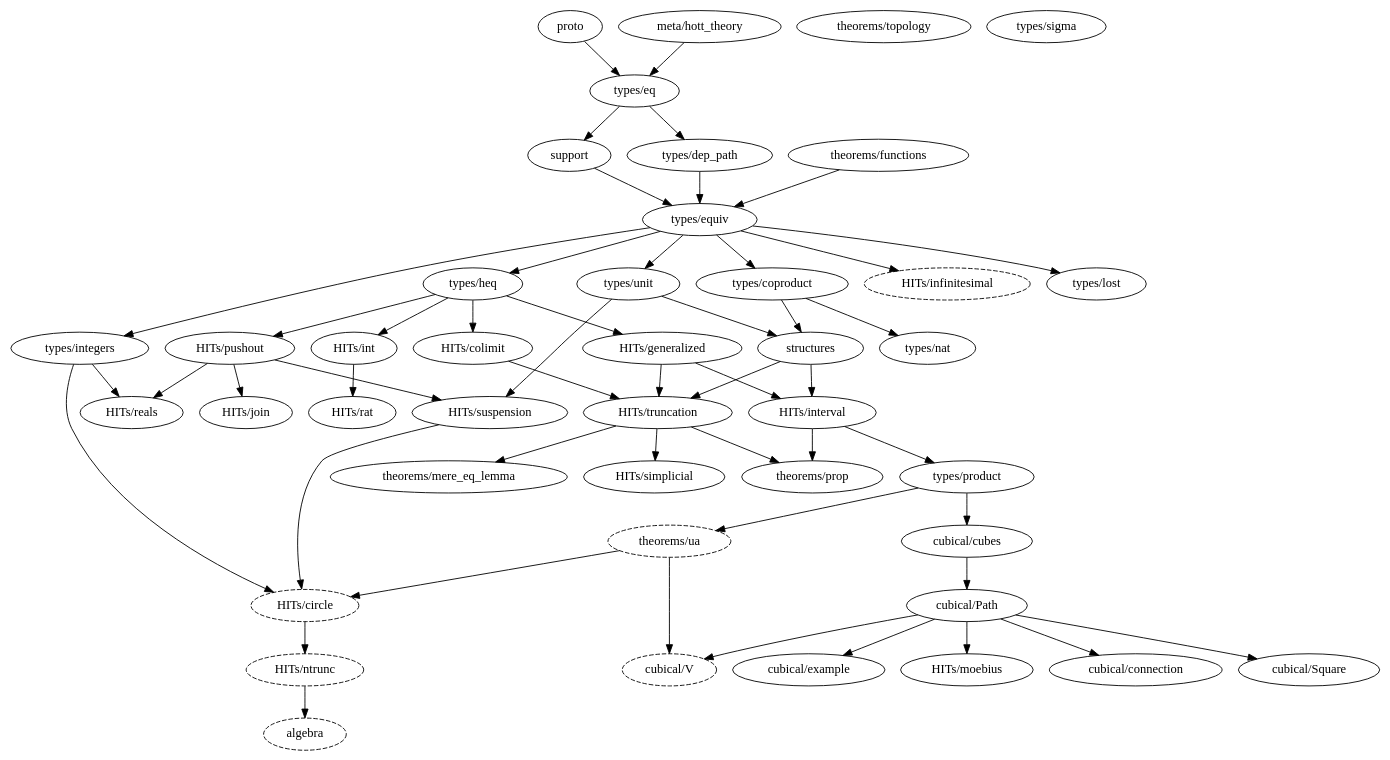
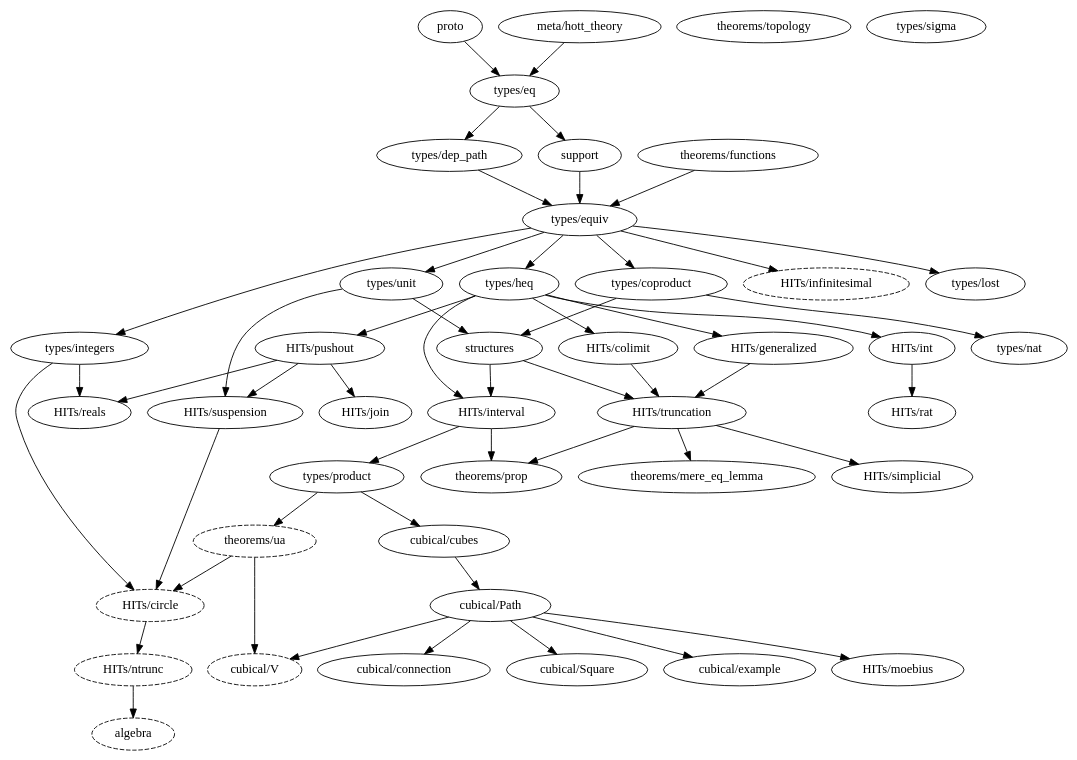
Before and after one commit to forked-from-1kasper/ground_zero: the diagram in dependency_map.gv, drawn with Graphviz. The commit also changed 5 other files, not shown here.

```diff
--- a/dependency_map.gv
+++ b/dependency_map.gv
@@ -1,92 +1,92 @@
 digraph dependency_map {
   proto -> "types/eq"
   "meta/hott_theory" -> "types/eq"
 
   algebra [style=dashed]
   "HITs/ntrunc" -> algebra
 
   "HITs/circle" [style=dashed]
   "types/integers" -> "HITs/circle"
   "HITs/suspension" -> "HITs/circle"
   "theorems/ua" -> "HITs/circle"
 
   "types/heq" -> "HITs/colimit"
 
   "types/heq" -> "HITs/generalized"
 
   "HITs/infinitesimal" [style=dashed]
   "types/equiv" -> "HITs/infinitesimal"
 
   "types/equiv" -> "types/coproduct"
   "types/eq" -> "types/dep_path"
 
   "cubical/Path" -> "cubical/connection"
   "types/product" -> "cubical/cubes"
   "cubical/cubes" -> "cubical/Path"
   "cubical/Path" -> "cubical/Square"
   "cubical/Path" -> "cubical/example"
 
   "cubical/V" [style=dashed]
   "theorems/ua" -> "cubical/V"
   "cubical/Path" -> "cubical/V"
 
   "types/equiv" -> "types/heq"
   "types/equiv" -> "types/integers"
 
   "types/dep_path" -> "types/equiv"
   support -> "types/equiv"
   "theorems/functions" -> "types/equiv"
 
   "types/heq" -> "HITs/int"
 
   "structures" -> "HITs/interval"
-  "HITs/generalized" -> "HITs/interval"
+  "types/heq" -> "HITs/interval"
 
   "HITs/pushout" -> "HITs/join"
 
   "cubical/Path" -> "HITs/moebius"
 
   "HITs/truncation" -> "theorems/mere_eq_lemma"
 
   "theorems/topology"
 
   "HITs/ntrunc" [style=dashed]
   "HITs/circle" -> "HITs/ntrunc"
 
   "HITs/interval" -> "types/product"
 
   "HITs/interval" -> "theorems/prop"
   "HITs/truncation" -> "theorems/prop"
 
   "types/heq" -> "HITs/pushout"
 
   "HITs/int" -> "HITs/rat"
 
   "HITs/pushout" -> "HITs/reals"
   "types/integers" -> "HITs/reals"
 
   "HITs/truncation" -> "HITs/simplicial"
 
   "types/unit" -> structures
   "types/coproduct" -> structures
 
   "types/eq" -> support
 
   "HITs/pushout" -> "HITs/suspension"
   "types/unit" -> "HITs/suspension"
 
   structures -> "HITs/truncation"
   "HITs/colimit" -> "HITs/truncation"
   "HITs/generalized" -> "HITs/truncation"
 
   "theorems/ua" [style=dashed]
   "types/product" -> "theorems/ua"
 
   "types/equiv" -> "types/unit"
 
   "types/coproduct" -> "types/nat"
 
   "types/equiv" -> "types/lost"
 
   "types/sigma"
 }
```
